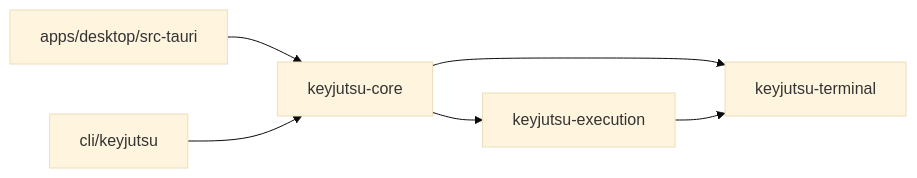
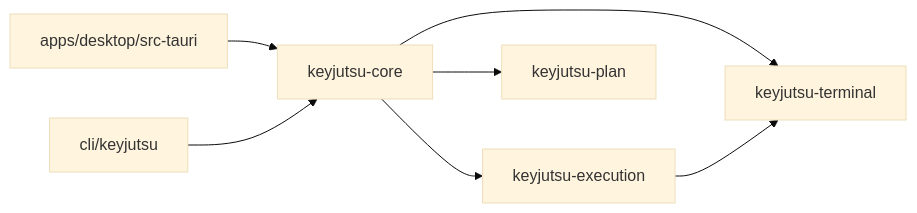
Before and after one commit to TheCodeSaiyan/keyjutsu: the diagram in docs/architecture/overview.md, drawn with Mermaid (base theme). The commit also changed other lines of this file and 95 other files, not shown here.

````diff
--- a/docs/architecture/overview.md
+++ b/docs/architecture/overview.md
@@ -57,8 +58,9 @@
 ```mermaid
 flowchart LR
     desktop["apps/desktop/src-tauri"] --> core
     cli["cli/keyjutsu"] --> core
     core["keyjutsu-core"] --> execution
     core --> terminal
+    core --> plan["keyjutsu-plan"]
     execution["keyjutsu-execution"] --> terminal["keyjutsu-terminal"]
 ```
````
